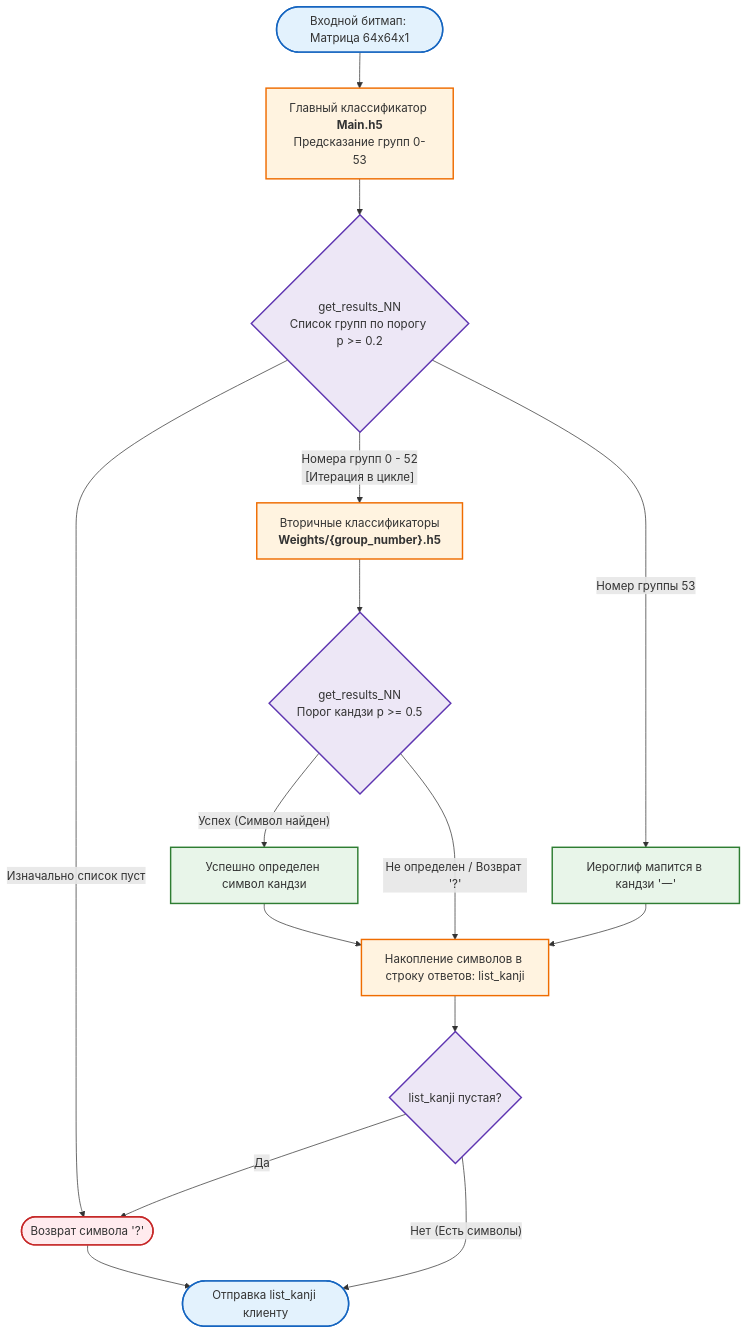
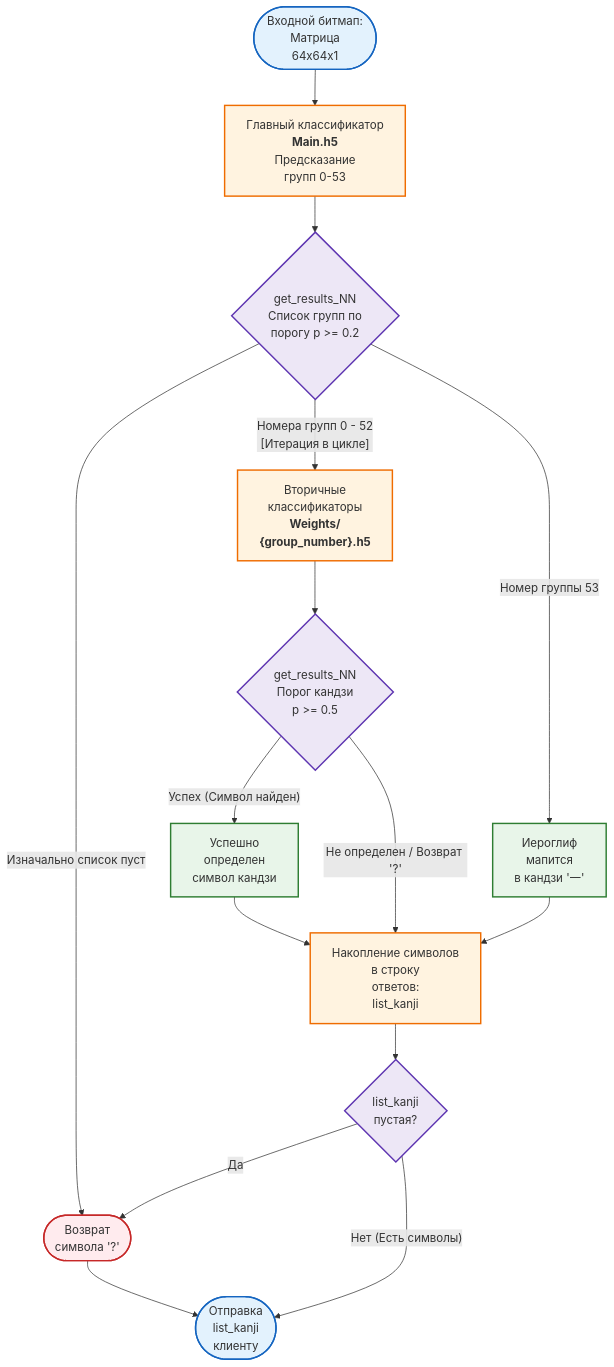
One commit to maxitool/neural-network-server changed the diagram in README.md. Above: the diagram before and after it, drawn with Mermaid.

Commit message:
Update README.md with improved formatting

````diff
--- a/README.md
+++ b/README.md
@@ -44,52 +44,52 @@
 ```mermaid
 graph TD
     %% Стилизация узлов
     classDef input fill:#E3F2FD,stroke:#1565C0,stroke-width:2px;
     classDef process fill:#FFF3E0,stroke:#EF6C00,stroke-width:2px;
     classDef condition fill:#EDE7F6,stroke:#5E35B1,stroke-width:2px;
     classDef output fill:#E8F5E9,stroke:#2E7D32,stroke-width:2px;
     classDef special fill:#FFEBEE,stroke:#C62828,stroke-width:2px;
 
     %% Схема конвейера
-    In([Входной битмап: Матрица 64x64x1]):::input
+    In([Входной битмап:<br>Матрица<br>64x64x1]):::input
     
-    Main[Главный классификатор <br><b>Main.h5</b><br>Предсказание групп 0-53]:::process
+    Main[Главный классификатор <br><b>Main.h5</b><br>Предсказание<br>групп 0-53]:::process
     
-    Check{get_results_NN<br>Список групп по порогу p >= 0.2}:::condition
+    Check{get_results_NN<br>Список групп по<br>порогу p >= 0.2}:::condition
     
-    SecNet["Вторичные классификаторы<br><b>Weights/{group_number}.h5</b>"]:::process
+    SecNet["Вторичные<br>классификаторы<br><b>Weights/<br>{group_number}.h5</b>"]:::process
     
-    CheckSec{get_results_NN<br>Порог кандзи p >= 0.5}:::condition
+    CheckSec{get_results_NN<br>Порог кандзи<br>p >= 0.5}:::condition
     
-    Res1[Успешно определен символ кандзи]:::output
-    Res2["Иероглиф мапится в кандзи '一'"]:::output
+    Res1[Успешно<br>определен<br>символ кандзи]:::output
+    Res2["Иероглиф<br>мапится<br>в кандзи '一'"]:::output
     
-    OutStr[Накопление символов в строку ответов: list_kanji]:::process
+    OutStr[Накопление символов<br>в строку<br>ответов:<br>list_kanji]:::process
     
-    CheckFinal{list_kanji пустая?}:::condition
-    ErrorOutput(["Возврат символа '?'"]):::special
-    End([Отправка list_kanji клиенту]):::input
+    CheckFinal{list_kanji<br>пустая?}:::condition
+    ErrorOutput(["Возврат<br>символа '?'"]):::special
+    End([Отправка<br>list_kanji<br>клиенту]):::input
 
     %% Связи и ветвление
     In --> Main
     Main --> Check
     
     Check -- "Изначально список пуст" --> ErrorOutput
     Check -- "Номера групп 0 - 52<br>[Итерация в цикле]" --> SecNet
     Check -- "Номер группы 53" --> Res2
     
     SecNet --> CheckSec
     
     CheckSec -- "Успех (Символ найден)" --> Res1
     CheckSec -- "Не определен / Возврат '?'" --> OutStr
     
     Res1 --> OutStr
     Res2 --> OutStr
     
     OutStr --> CheckFinal
     
     CheckFinal -- "Да" --> ErrorOutput
     CheckFinal -- "Нет (Есть символы)" --> End
     ErrorOutput --> End
 
 ```
````
